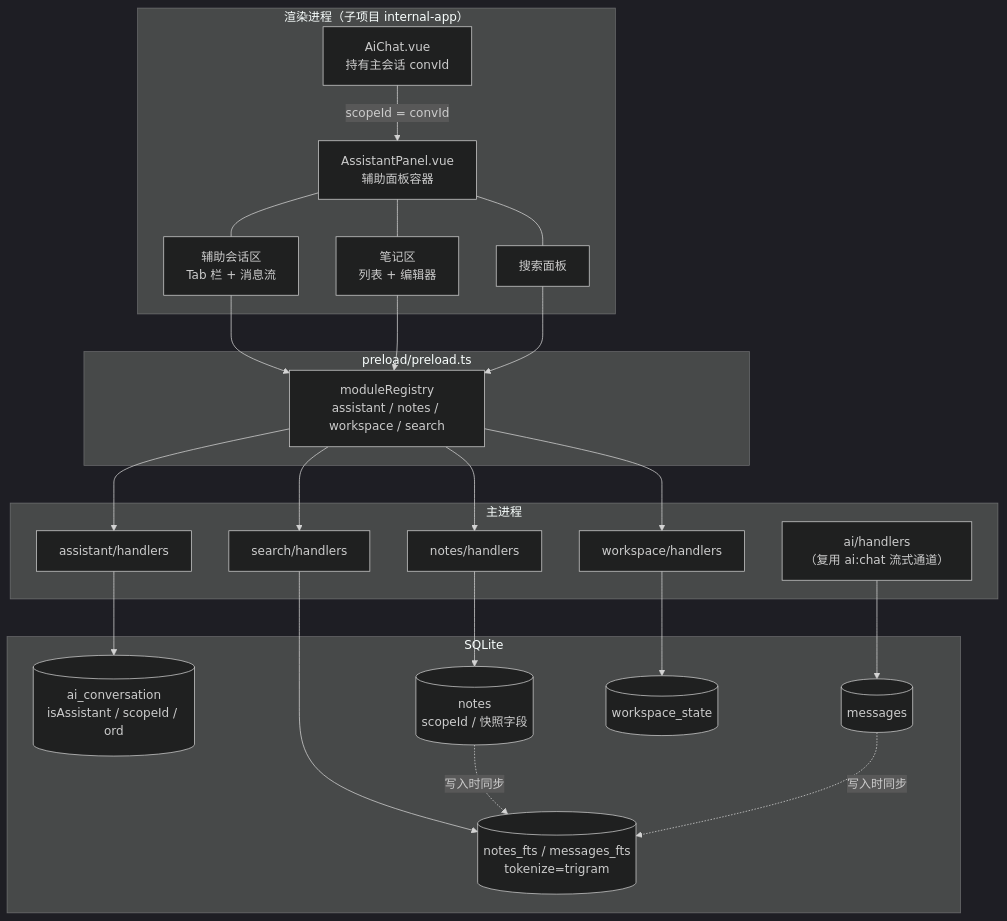
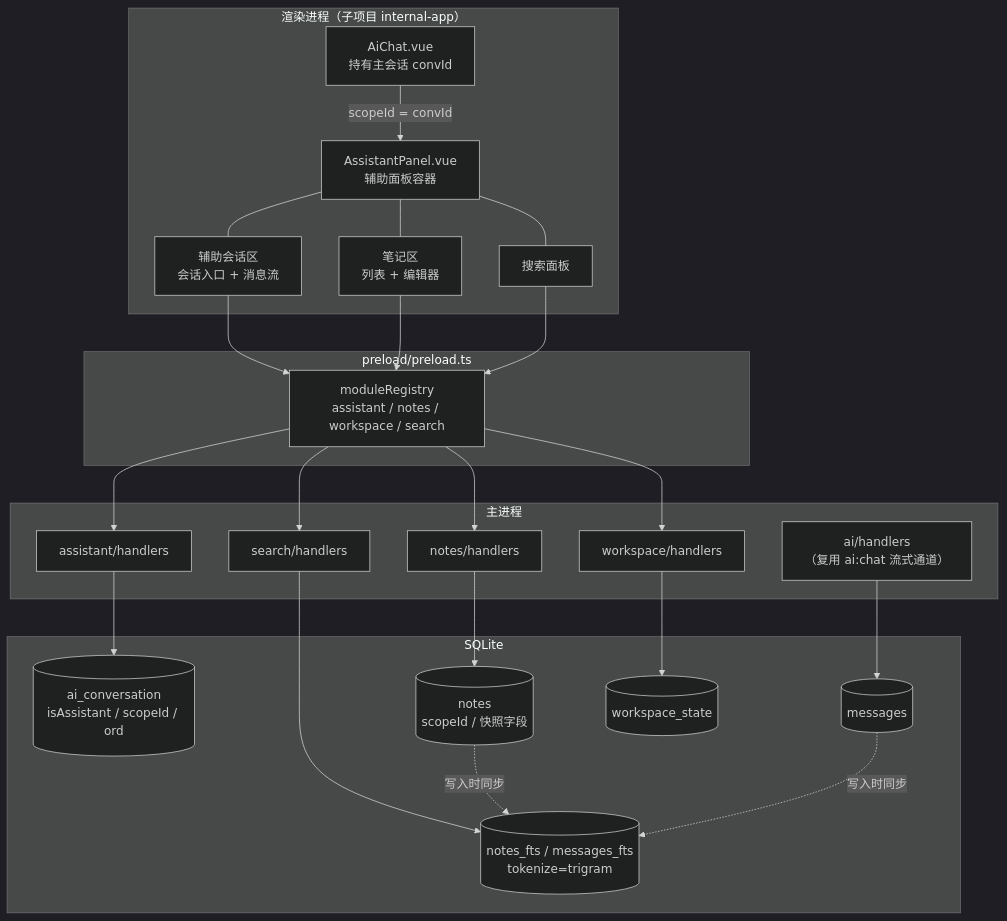
One commit to lisiqingKING/electron-browser changed the first of 3 diagrams in docs/ASSISTANT_PANEL.md. Above: the diagram before and after it, drawn with Mermaid (dark theme). The commit also changed other lines of this file and 4 other files, not shown here.

````diff
--- a/docs/ASSISTANT_PANEL.md
+++ b/docs/ASSISTANT_PANEL.md
@@ -203,42 +229,42 @@
 ```mermaid
 flowchart TB
   subgraph R["渲染进程（子项目 internal-app）"]
     Chat["AiChat.vue<br/>持有主会话 convId"]
     Panel["AssistantPanel.vue<br/>辅助面板容器"]
-    Conv["辅助会话区<br/>Tab 栏 + 消息流"]
+    Conv["辅助会话区<br/>会话入口 + 消息流"]
     Notes["笔记区<br/>列表 + 编辑器"]
     Search["搜索面板"]
     Chat -->|"scopeId = convId"| Panel
     Panel --- Conv & Notes & Search
   end
 
   subgraph P["preload/preload.ts"]
     Reg["moduleRegistry<br/>assistant / notes / workspace / search"]
   end
 
   subgraph M["主进程"]
     AH["assistant/handlers"]
     NH["notes/handlers"]
     WH["workspace/handlers"]
     SH["search/handlers"]
     AIH["ai/handlers<br/>（复用 ai:chat 流式通道）"]
   end
 
   subgraph D["SQLite"]
     AC[("ai_conversation<br/>isAssistant / scopeId / ord")]
     MSG[("messages")]
     N[("notes<br/>scopeId / 快照字段")]
     WS[("workspace_state")]
     FTS[("notes_fts / messages_fts<br/>tokenize=trigram")]
   end
 
   Conv & Notes & Search --> Reg
   Reg --> AH & NH & WH & SH
   AH --> AC
   AIH --> MSG
   NH --> N
   WH --> WS
   SH --> FTS
   N -.写入时同步.-> FTS
   MSG -.写入时同步.-> FTS
 ```
````
